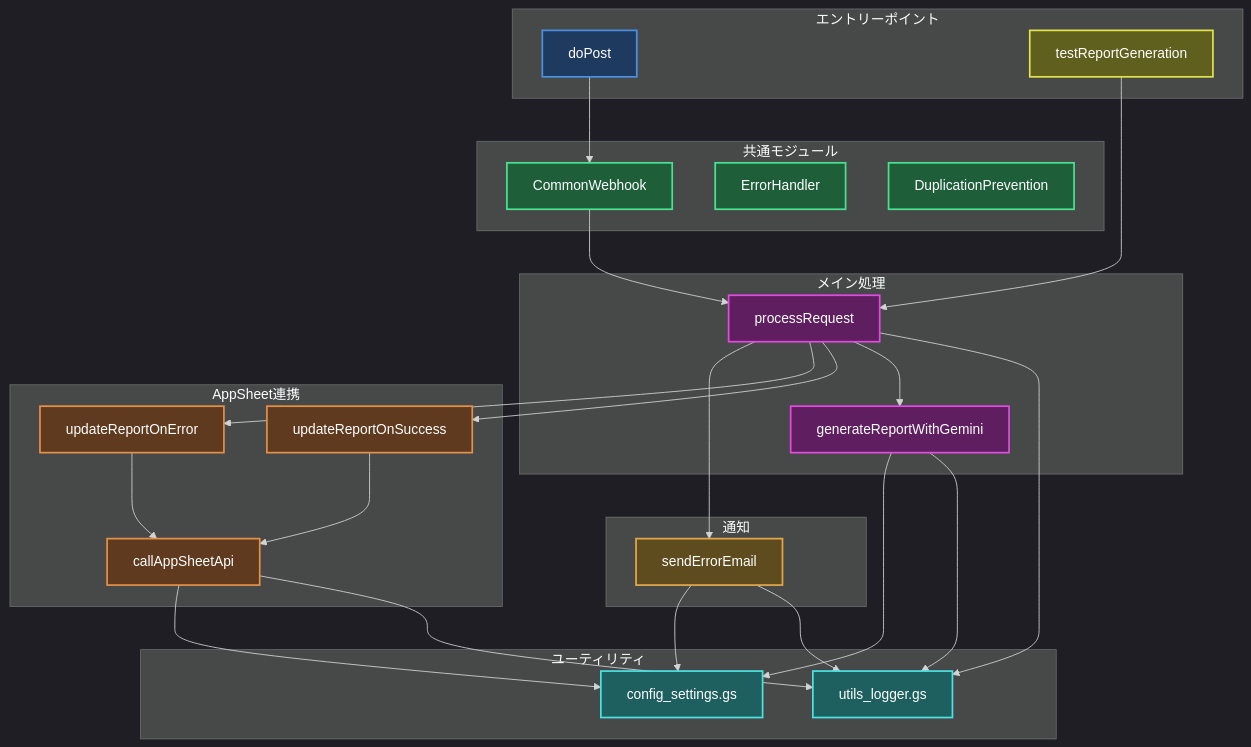
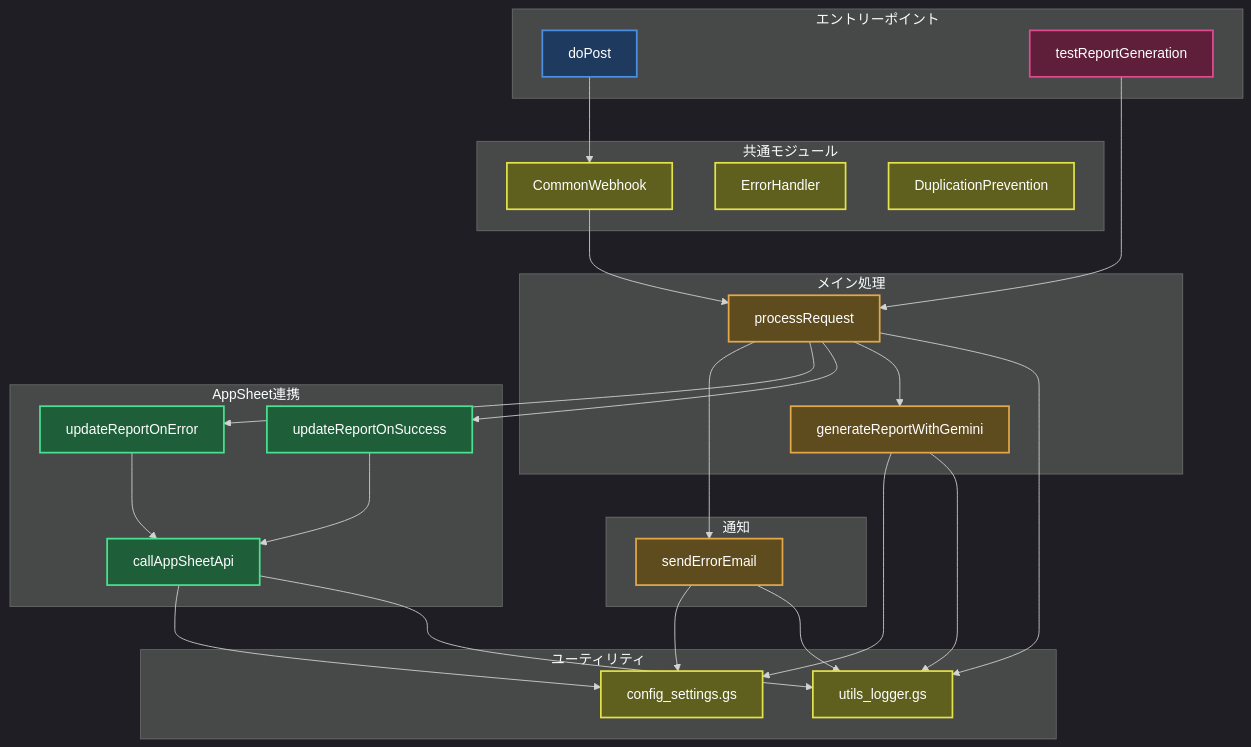
One commit to tasai-lab/appsheet-gas-automation changed the fifth of 5 diagrams in gas_projects/projects/nursing/Appsheet_訪問看護_報告書/FLOW.md. Above: the diagram before and after it, drawn with Mermaid. The commit also changed other lines of this file and 15 other files, not shown here.

First line of the commit message:
docs: FLOW.mdにダークモード対応配色を適用 - 全15プロジェクト完了

````diff
--- a/gas_projects/projects/nursing/Appsheet_訪問看護_報告書/FLOW.md
+++ b/gas_projects/projects/nursing/Appsheet_訪問看護_報告書/FLOW.md
@@ -128,64 +128,64 @@
 ```mermaid
 %%{init: {'theme':'dark'}}%%
 graph TB
     subgraph "エントリーポイント"
         doPost[doPost]:::webhook
         testFunc[testReportGeneration]:::test
     end
 
     subgraph "共通モジュール"
         CommonWebhook[CommonWebhook]:::common
         ErrorHandler[ErrorHandler]:::common
         DuplicationPrevention[DuplicationPrevention]:::common
     end
 
     subgraph "メイン処理"
         processRequest[processRequest]:::main
         generateReport[generateReportWithGemini]:::main
     end
 
     subgraph "AppSheet連携"
         updateSuccess[updateReportOnSuccess]:::appsheet
         updateError[updateReportOnError]:::appsheet
         callAPI[callAppSheetApi]:::appsheet
     end
 
     subgraph "ユーティリティ"
         logger[utils_logger.gs]:::util
         config[config_settings.gs]:::util
     end
 
     subgraph "通知"
         sendMail[sendErrorEmail]:::mail
     end
 
     doPost --> CommonWebhook
     CommonWebhook --> processRequest
     testFunc --> processRequest
 
     processRequest --> logger
     processRequest --> generateReport
     processRequest --> updateSuccess
     processRequest --> updateError
     processRequest --> sendMail
 
     generateReport --> logger
     generateReport --> config
 
     updateSuccess --> callAPI
     updateError --> callAPI
 
     callAPI --> logger
     callAPI --> config
 
     sendMail --> logger
     sendMail --> config
 
-    classDef webhook fill:#1e3a5f,stroke:#4a90e2,stroke-width:2px,color:#fff
-    classDef test fill:#5f5f1e,stroke:#e2e24a,stroke-width:2px,color:#fff
-    classDef common fill:#1e5f3a,stroke:#4ae290,stroke-width:2px,color:#fff
-    classDef main fill:#5f1e5f,stroke:#e24ae2,stroke-width:2px,color:#fff
-    classDef appsheet fill:#5f3a1e,stroke:#e2904a,stroke-width:2px,color:#fff
-    classDef util fill:#1e5f5f,stroke:#4ae2e2,stroke-width:2px,color:#fff
-    classDef mail fill:#5f4c1e,stroke:#e2a84a,stroke-width:2px,color:#fff
+    classDef webhook fill:#1e3a5f,stroke:#4a90e2,stroke-width:2px,color:#ffffff
+    classDef test fill:#5f1e3a,stroke:#e24a90,stroke-width:2px,color:#ffffff
+    classDef common fill:#5f5f1e,stroke:#e2e24a,stroke-width:2px,color:#ffffff
+    classDef main fill:#5f4c1e,stroke:#e2a84a,stroke-width:2px,color:#ffffff
+    classDef appsheet fill:#1e5f3a,stroke:#4ae290,stroke-width:2px,color:#ffffff
+    classDef util fill:#5f5f1e,stroke:#e2e24a,stroke-width:2px,color:#ffffff
+    classDef mail fill:#5f4c1e,stroke:#e2a84a,stroke-width:2px,color:#ffffff
 ```
````
